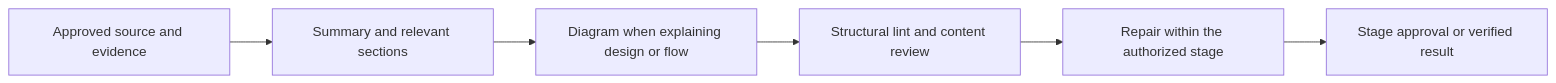
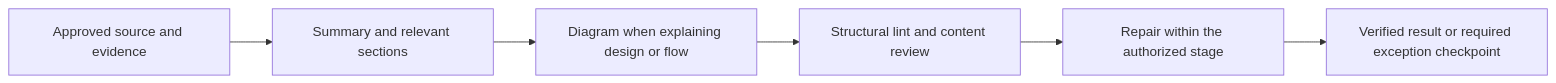
The diagram in .agent/context/output-style.md (aultramen/super-compound), drawn with Mermaid before and after one commit. The commit also changed other lines of this file and 23 other files, not shown here.

````diff
--- a/.agent/context/output-style.md
+++ b/.agent/context/output-style.md
@@ -31,8 +33,8 @@
 ```mermaid
 flowchart LR
     A[Approved source and evidence] --> B[Summary and relevant sections]
     B --> C[Diagram when explaining design or flow]
     C --> D[Structural lint and content review]
     D --> E[Repair within the authorized stage]
-    E --> F[Stage approval or verified result]
+    E --> F[Verified result or required exception checkpoint]
 ```
````
